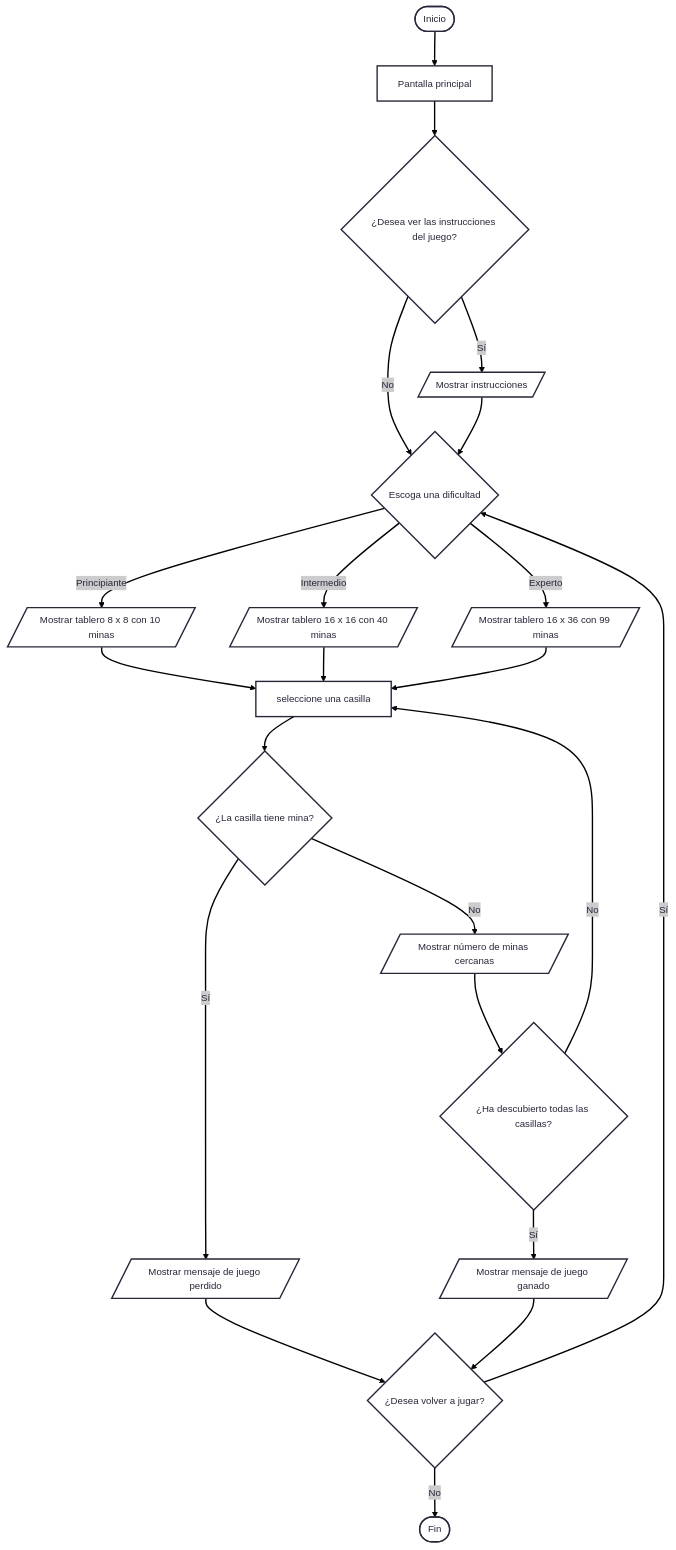
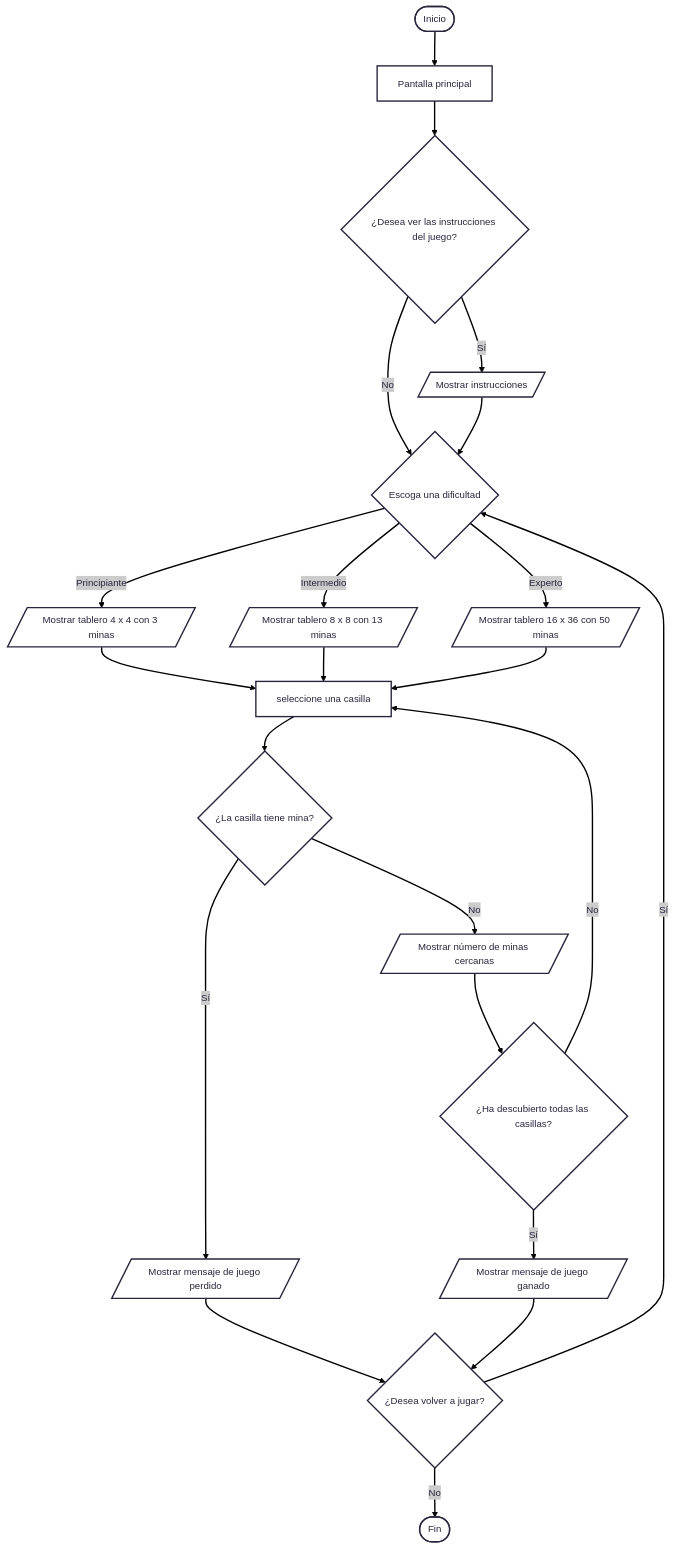
Before and after one commit to santiagorinconrodriguez/proyecto-codecraft-buscaminas: the diagram in README.md, drawn with Mermaid.

Commit message:
Actualización diagrama de flujo

````diff
--- a/README.md
+++ b/README.md
@@ -82,29 +82,29 @@
 ``` mermaid
 ---
 config:
   theme: redux
 ---
 
 flowchart TD
     A(["Inicio"]) --> B[Pantalla principal]
     B --> C{"¿Desea ver las instrucciones del juego?"}
     C -- Sí --> D[/Mostrar instrucciones/]
     C -- No --> F
     D --> F{"Escoga una dificultad"}
-    F -- Principiante --> G[/Mostrar tablero 8 x 8 con 10 minas/]
-    F -- Intermedio --> H[/Mostrar tablero 16 x 16 con 40 minas/]
-    F -- Experto --> I[/Mostrar tablero 16 x 36 con 99 minas/]
+    F -- Principiante --> G[/Mostrar tablero 4 x 4 con 3 minas/]
+    F -- Intermedio --> H[/Mostrar tablero 8 x 8 con 13 minas/]
+    F -- Experto --> I[/Mostrar tablero 16 x 36 con 50 minas/]
     G --> J[seleccione una casilla]
     H --> J
     I --> J
     J --> K{"¿La casilla tiene mina?"}
     K -- Sí --> L[/Mostrar mensaje de juego perdido/]
     L --> Q
     K -- No --> M[/Mostrar número de minas cercanas/]
     M --> N{"¿Ha descubierto todas las casillas?"}
     N -- No -->J
     N -- Sí --> O[/Mostrar mensaje de juego ganado/]
     O --> Q{"¿Desea volver a jugar?"}
     Q -- Sí -->F
     Q -- No --> P(["Fin"])
 ```
````
